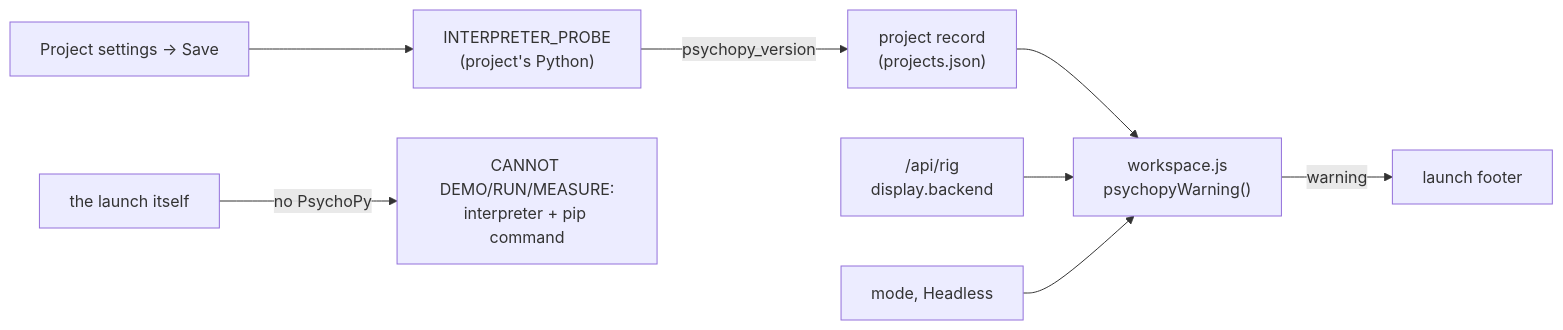
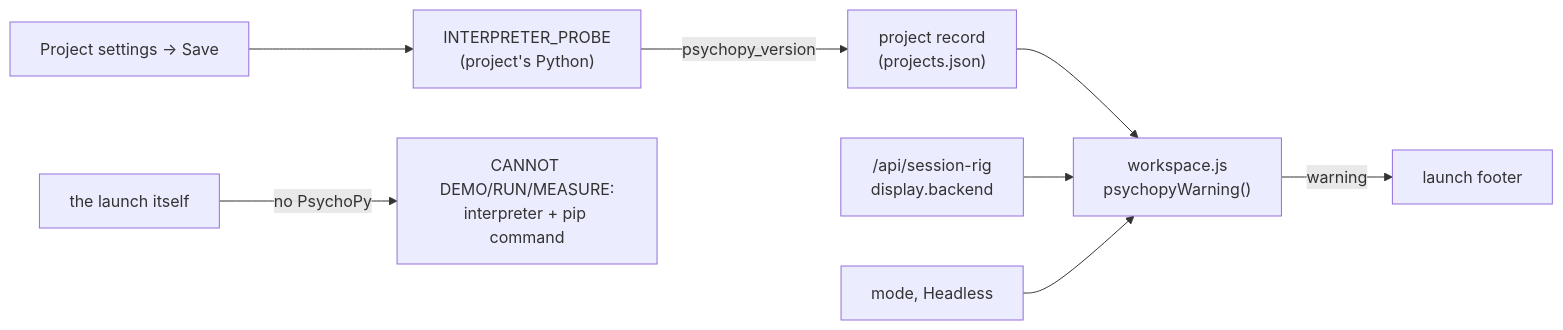
One commit to sh4r11f/alhazen changed the third of 4 diagrams in docs/workspace.md. Above: the diagram before and after it, drawn with Mermaid. The commit also changed other lines of this file and 26 other files, not shown here.

First line of the commit message:
Dashboard: one rig per machine, changed per session and saved with it (#184)

````diff
--- a/docs/workspace.md
+++ b/docs/workspace.md
@@ -541,10 +542,10 @@
 ```mermaid
 flowchart LR
   save["Project settings → Save"] --> probe["INTERPRETER_PROBE<br/>(project's Python)"]
   probe -->|"psychopy_version"| record["project record<br/>(projects.json)"]
   record --> page["workspace.js<br/>psychopyWarning()"]
-  rig["/api/rig<br/>display.backend"] --> page
+  rig["/api/session-rig<br/>display.backend"] --> page
   form["mode, Headless"] --> page
   page -->|"warning"| footer["launch footer"]
   launch["the launch itself"] -->|"no PsychoPy"| error["CANNOT DEMO/RUN/MEASURE:<br/>interpreter + pip command"]
 ```
````
